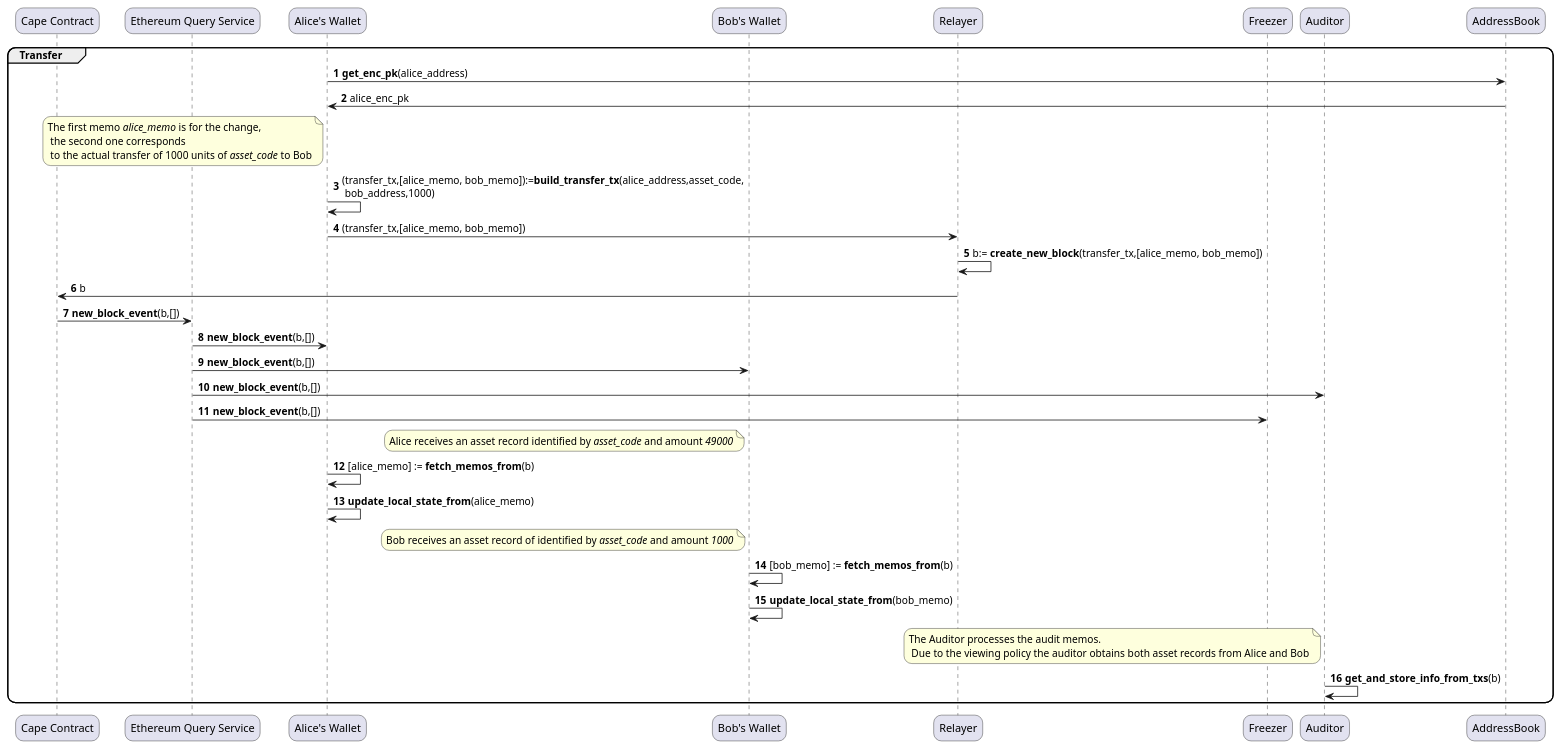
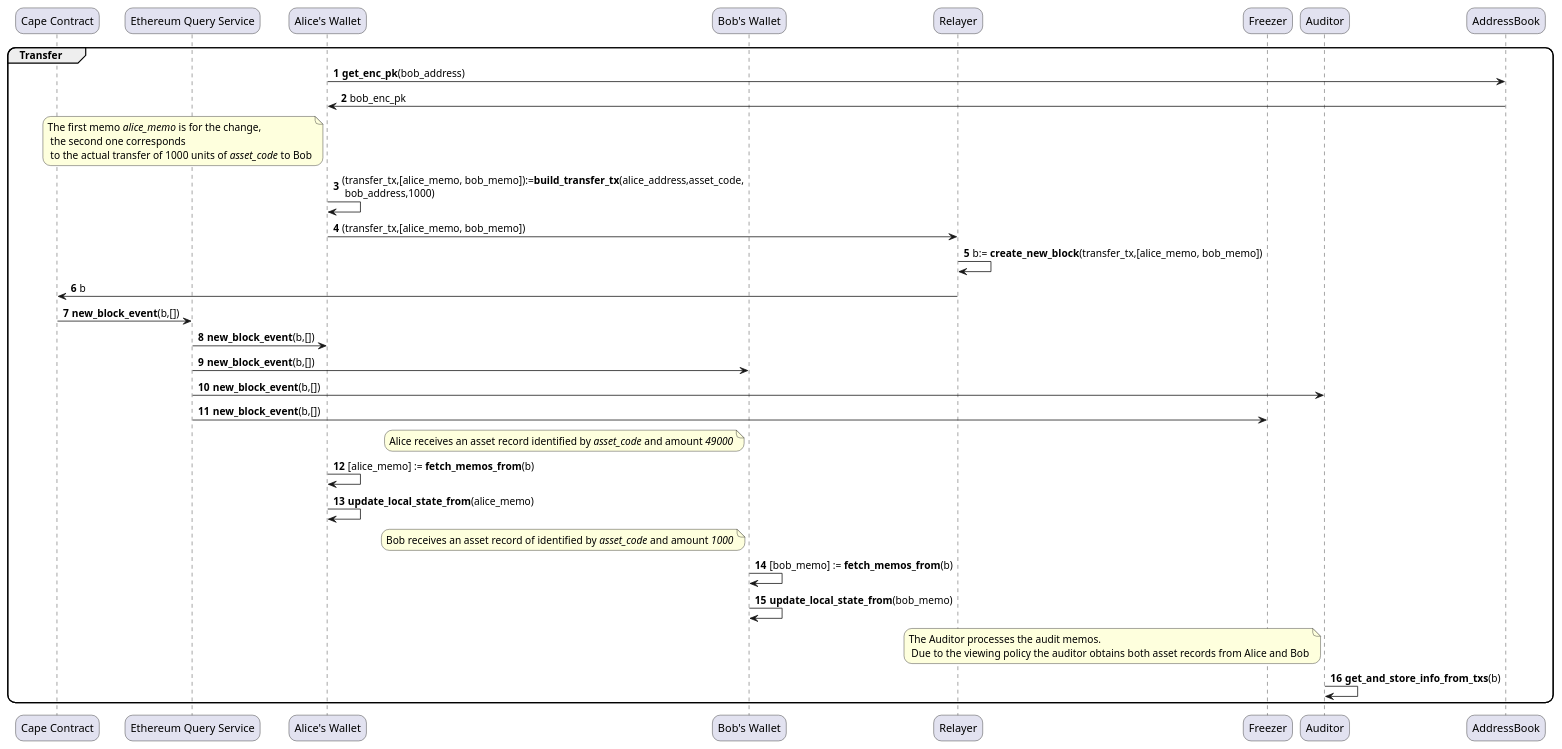
Before and after one commit to EspressoSystems/cape: the diagram in doc/internal/global_seq_diag/transfer.puml, drawn with PlantUML.

Commit message:
Fix sequence diagram for transfer.

```diff
--- a/doc/internal/global_seq_diag/transfer.puml
+++ b/doc/internal/global_seq_diag/transfer.puml
@@ -1,44 +1,44 @@
 @startuml
 autonumber
 
 skinparam roundcorner 20
 
 participant "Cape Contract" as C
 participant "Ethereum Query Service" as EQS
 participant "Alice's Wallet" as W_A
 participant "Bob's Wallet" as W_B
 participant "Relayer" as R
 participant "Freezer" as F
 participant "Auditor" as A
 participant "AddressBook" as AB
 
 group Transfer
 
-    W_A -> AB: **get_enc_pk**(alice_address)
-    AB -> W_A: alice_enc_pk
+    W_A -> AB: **get_enc_pk**(bob_address)
+    AB -> W_A: bob_enc_pk
     note left W_A: The first memo <i>alice_memo</i> is for the change, \n the second one corresponds \n to the actual transfer of 1000 units of <i>asset_code</i> to Bob
     W_A -> W_A: (transfer_tx,[alice_memo, bob_memo]):=**build_transfer_tx**(alice_address,asset_code,\n bob_address,1000)
     W_A -> R: (transfer_tx,[alice_memo, bob_memo])
     R -> R: b:= **create_new_block**(transfer_tx,[alice_memo, bob_memo])
     R -> C: b
     C -> EQS: **new_block_event**(b,[])
     EQS -> W_A: **new_block_event**(b,[])
     EQS -> W_B: **new_block_event**(b,[])
     EQS -> A: **new_block_event**(b,[])
     EQS -> F: **new_block_event**(b,[])
 
     note left W_B: Alice receives an asset record identified by <i>asset_code</i> and amount <i>49000</i>
     W_A -> W_A: [alice_memo] := **fetch_memos_from**(b)
     W_A -> W_A: **update_local_state_from**(alice_memo)
 
     note left W_B: Bob receives an asset record of identified by <i>asset_code</i> and amount <i>1000</i>
     W_B -> W_B: [bob_memo] := **fetch_memos_from**(b)
     W_B -> W_B: **update_local_state_from**(bob_memo)
 
     note left A: The Auditor processes the audit memos. \n Due to the viewing policy the auditor obtains both asset records from Alice and Bob
     A -> A: **get_and_store_info_from_txs**(b)
 
 end group
 
 
 @enduml
```
